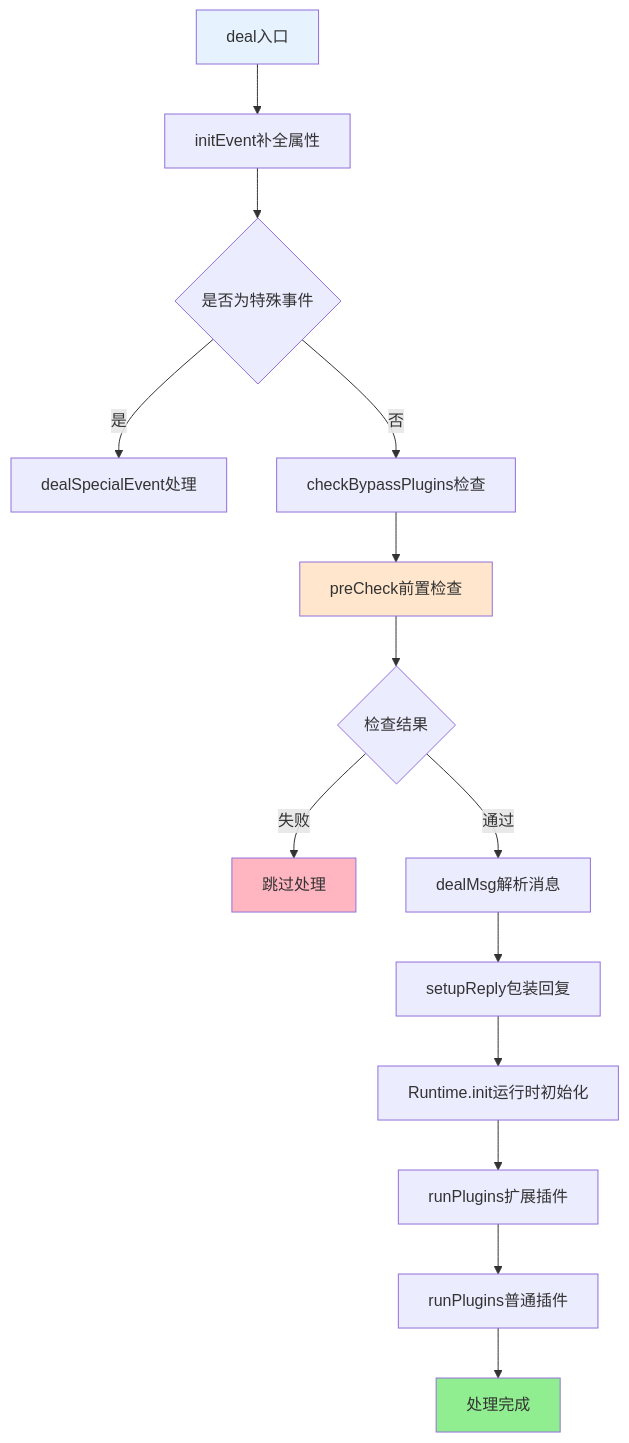
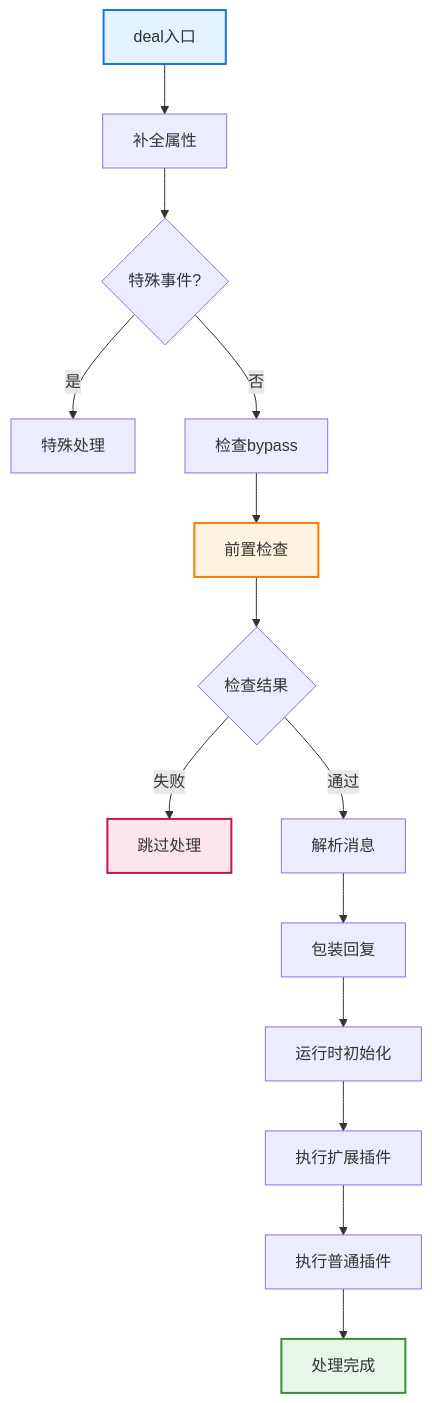
The third of 3 diagrams in docs/plugins-loader.md (sunflowermm/XRK-AGT), drawn with Mermaid before and after one commit. The commit also changed other lines of this file and 19 other files, not shown here.

````diff
--- a/docs/plugins-loader.md
+++ b/docs/plugins-loader.md
@@ -161,21 +161,21 @@
 ```mermaid
 flowchart TB
-    A["deal入口"] --> B["initEvent补全属性"]
-    B --> C{"是否为特殊事件"}
-    C -->|是| D["dealSpecialEvent处理"]
-    C -->|否| E["checkBypassPlugins检查"]
-    E --> F["preCheck前置检查"]
+    A["deal入口"] --> B["补全属性"]
+    B --> C{"特殊事件?"}
+    C -->|是| D["特殊处理"]
+    C -->|否| E["检查bypass"]
+    E --> F["前置检查"]
     F --> G{"检查结果"}
     G -->|失败| Z["跳过处理"]
-    G -->|通过| H["dealMsg解析消息"]
-    H --> I["setupReply包装回复"]
-    I --> J["Runtime.init运行时初始化"]
-    J --> K["runPlugins扩展插件"]
-    K --> L["runPlugins普通插件"]
+    G -->|通过| H["解析消息"]
+    H --> I["包装回复"]
+    I --> J["运行时初始化"]
+    J --> K["执行扩展插件"]
+    K --> L["执行普通插件"]
     L --> M["处理完成"]
     
-    style A fill:#E6F3FF
-    style F fill:#FFE6CC
-    style M fill:#90EE90
-    style Z fill:#FFB6C1
+    style A fill:#E3F2FD,stroke:#1976D2,stroke-width:2px
+    style F fill:#FFF3E0,stroke:#F57C00,stroke-width:2px
+    style M fill:#E8F5E9,stroke:#388E3C,stroke-width:2px
+    style Z fill:#FCE4EC,stroke:#C2185B,stroke-width:2px
 ```
````
